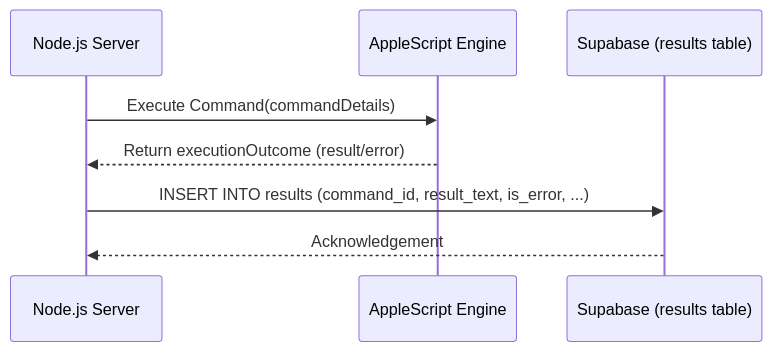
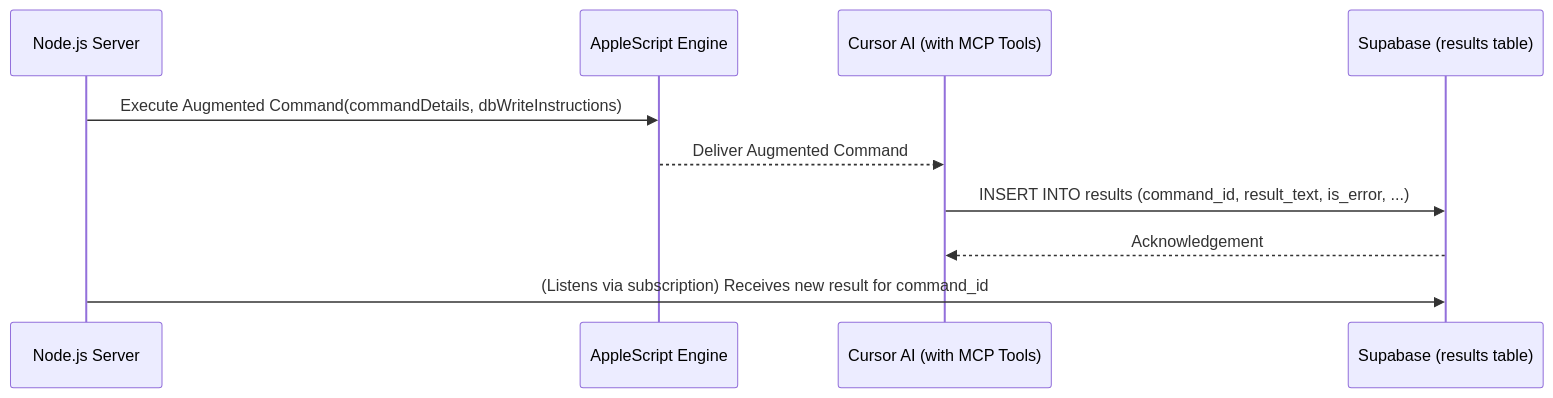
The diagram in .ai/stories/epic1-us1.5-server-store-execution-result.md (crimsonsunset/cursor_remote), drawn with Mermaid before and after one commit. The commit also changed other lines of this file and 8 other files, not shown here.

````diff
--- a/.ai/stories/epic1-us1.5-server-store-execution-result.md
+++ b/.ai/stories/epic1-us1.5-server-store-execution-result.md
@@ -52,11 +52,13 @@
 ```mermaid
 sequenceDiagram
     participant ServerApp as Node.js Server
     participant AppleScriptEngine as AppleScript Engine
+    participant CursorAI as Cursor AI (with MCP Tools)
     participant SupabaseDB as Supabase (results table)
 
-    ServerApp->>AppleScriptEngine: Execute Command(commandDetails)
-    AppleScriptEngine-->>ServerApp: Return executionOutcome (result/error)
-    ServerApp->>SupabaseDB: INSERT INTO results (command_id, result_text, is_error, ...)
-    SupabaseDB-->>ServerApp: Acknowledgement
+    ServerApp->>AppleScriptEngine: Execute Augmented Command(commandDetails, dbWriteInstructions)
+    AppleScriptEngine-->>CursorAI: Deliver Augmented Command
+    CursorAI->>SupabaseDB: INSERT INTO results (command_id, result_text, is_error, ...)
+    SupabaseDB-->>CursorAI: Acknowledgement
+    ServerApp->>SupabaseDB: (Listens via subscription) Receives new result for command_id
 ```
````
